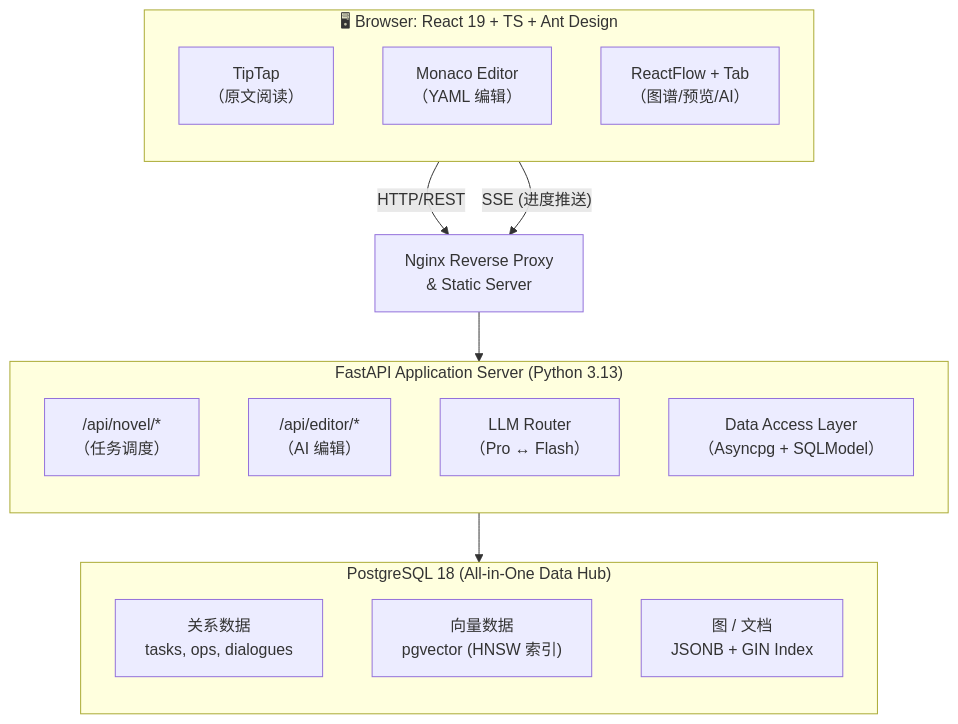
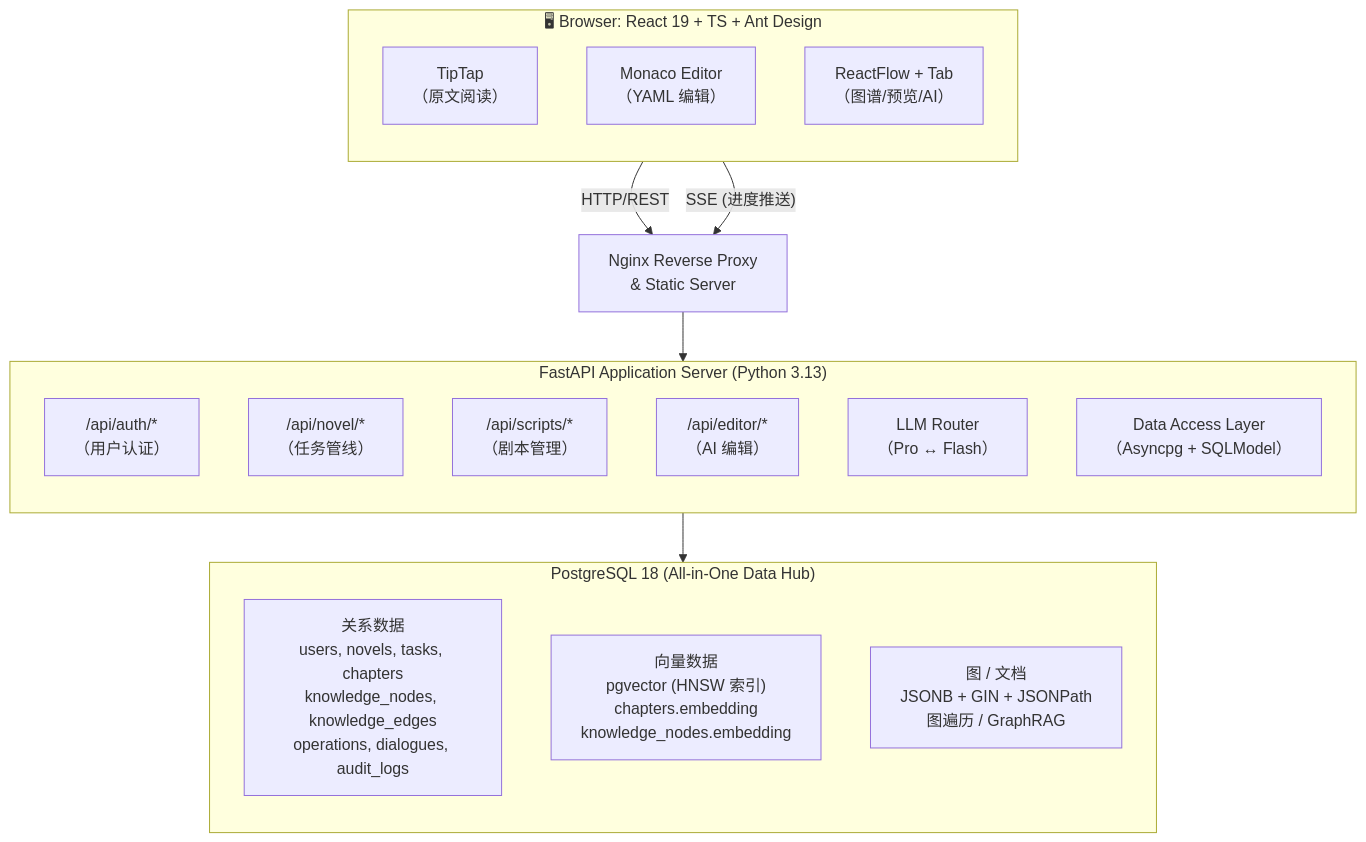
One commit to Dinosaur-MC/NovelScript changed the first of 11 diagrams in docs/SDS 软件设计说明书.md. Above: the diagram before and after it, drawn with Mermaid. The commit also changed other lines of this file and 1 other file, not shown here.

````diff
--- a/docs/SDS 软件设计说明书.md
+++ b/docs/SDS 软件设计说明书.md
@@ -51,31 +51,33 @@
 ```mermaid
 flowchart TB
     subgraph Browser["🖥 Browser: React 19 + TS + Ant Design"]
         direction TB
         TipTap["TipTap<br/>（原文阅读）"]
         Monaco["Monaco Editor<br/>（YAML 编辑）"]
         Flow["ReactFlow + Tab<br/>（图谱/预览/AI）"]
     end
 
     Browser -->|"HTTP/REST"| Nginx["Nginx Reverse Proxy<br/>& Static Server"]
     Browser -->|"SSE (进度推送)"| Nginx
 
     Nginx --> FastAPI
 
     subgraph FastAPI["FastAPI Application Server (Python 3.13)"]
         direction TB
-        Novel["/api/novel/*<br/>（任务调度）"]
+        Auth["/api/auth/*<br/>（用户认证）"]
+        Novel["/api/novel/*<br/>（任务管线）"]
+        ScriptApi["/api/scripts/*<br/>（剧本管理）"]
         EdApi["/api/editor/*<br/>（AI 编辑）"]
         Router["LLM Router<br/>（Pro ↔ Flash）"]
         DAL["Data Access Layer<br/>（Asyncpg + SQLModel）"]
     end
 
     FastAPI --> PostgreSQL
 
     subgraph PostgreSQL["PostgreSQL 18 (All-in-One Data Hub)"]
         direction BT
-        Rel["关系数据<br/>tasks, ops, dialogues"]
-        Vec["向量数据<br/>pgvector (HNSW 索引)"]
-        Doc["图 / 文档<br/>JSONB + GIN Index"]
+        Rel["关系数据<br/>users, novels, tasks, chapters<br/>knowledge_nodes, knowledge_edges<br/>operations, dialogues, audit_logs"]
+        Vec["向量数据<br/>pgvector (HNSW 索引)<br/>chapters.embedding<br/>knowledge_nodes.embedding"]
+        Doc["图 / 文档<br/>JSONB + GIN + JSONPath<br/>图遍历 / GraphRAG"]
     end
 ```
````
